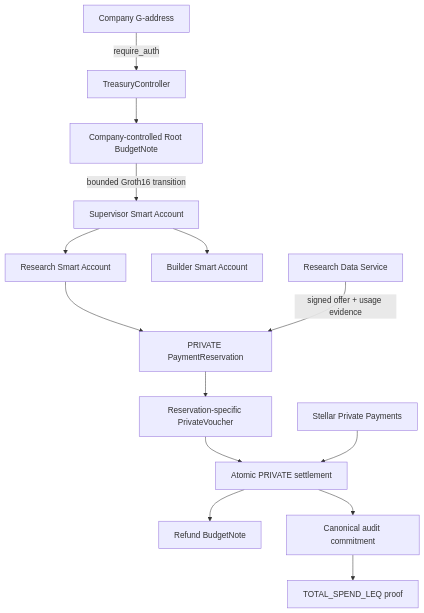
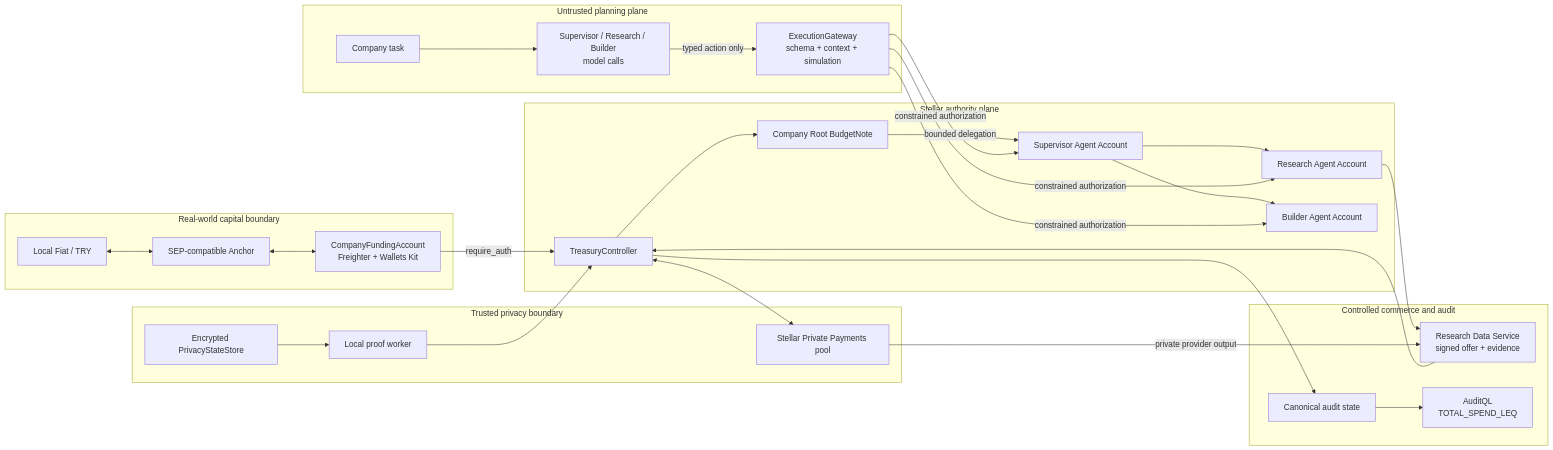
One commit to taqume/phloem changed the first of 2 diagrams in README.md. Above: the diagram before and after it, drawn with Mermaid. The commit also changed other lines of this file, not shown here.

````diff
--- a/README.md
+++ b/README.md
@@ -28,16 +166,54 @@
 ```mermaid
-flowchart TD
-    Company[Company G-address] -->|require_auth| Controller[TreasuryController]
-    Controller --> Root[Company-controlled Root BudgetNote]
-    Root -->|bounded Groth16 transition| Supervisor[Supervisor Smart Account]
-    Supervisor --> Research[Research Smart Account]
-    Supervisor --> Builder[Builder Smart Account]
-    Research --> Reservation[PRIVATE PaymentReservation]
-    Provider[Research Data Service] -->|signed offer + usage evidence| Reservation
-    Reservation --> Voucher[Reservation-specific PrivateVoucher]
-    Voucher --> Atomic[Atomic PRIVATE settlement]
-    SPP[Stellar Private Payments] --> Atomic
-    Atomic --> Refund[Refund BudgetNote]
-    Atomic --> Audit[Canonical audit commitment]
-    Audit --> Proof[TOTAL_SPEND_LEQ proof]
+flowchart LR
+    subgraph RealWorld[Real-world capital boundary]
+        Fiat[Local Fiat / TRY]
+        Anchor[SEP-compatible Anchor]
+        Wallet[CompanyFundingAccount<br/>Freighter + Wallets Kit]
+        Fiat <--> Anchor
+        Anchor <--> Wallet
+    end
+
+    subgraph Planning[Untrusted planning plane]
+        Task[Company task]
+        Model[Supervisor / Research / Builder<br/>model calls]
+        Gateway[ExecutionGateway<br/>schema + context + simulation]
+        Task --> Model
+        Model -->|typed action only| Gateway
+    end
+
+    subgraph Authority[Stellar authority plane]
+        Controller[TreasuryController]
+        Root[Company Root BudgetNote]
+        Supervisor[Supervisor Agent Account]
+        Research[Research Agent Account]
+        Builder[Builder Agent Account]
+        Wallet -->|require_auth| Controller
+        Controller --> Root
+        Root -->|bounded delegation| Supervisor
+        Supervisor --> Research
+        Supervisor --> Builder
+        Gateway -->|constrained authorization| Supervisor
+        Gateway -->|constrained authorization| Research
+        Gateway -->|constrained authorization| Builder
+    end
+
+    subgraph Privacy[Trusted privacy boundary]
+        Store[Encrypted PrivacyStateStore]
+        Prover[Local proof worker]
+        SPP[Stellar Private Payments pool]
+        Store --> Prover
+        Prover --> Controller
+        Controller <--> SPP
+    end
+
+    subgraph Commerce[Controlled commerce and audit]
+        Provider[Research Data Service<br/>signed offer + evidence]
+        Audit[Canonical audit state]
+        Query[AuditQL<br/>TOTAL_SPEND_LEQ]
+        Research --> Provider
+        Provider --> Controller
+        SPP -->|private provider output| Provider
+        Controller --> Audit
+        Audit --> Query
+    end
 ```
````
